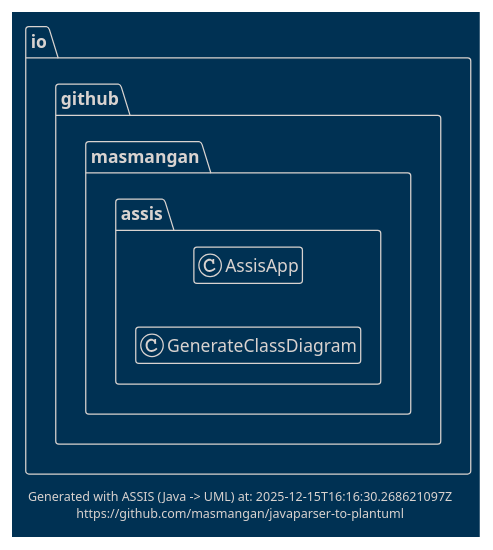
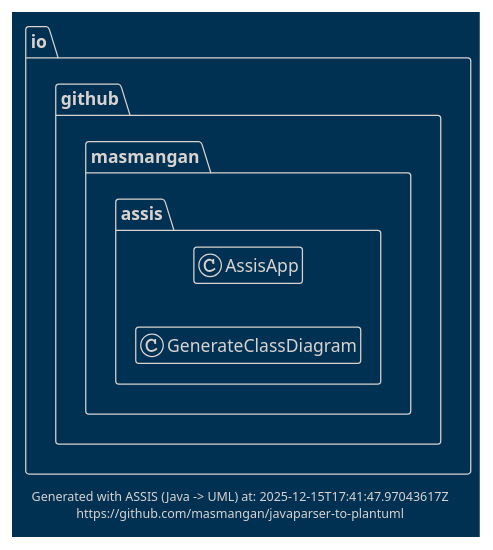
Before and after one commit to masmangan/javaparser-to-plantuml: the diagram in docs/uml/class-diagram.puml, drawn with PlantUML. The commit also changed 1 other file, not shown here.

Commit message:
docs: Document Maven exec:java.

```diff
--- a/docs/uml/class-diagram.puml
+++ b/docs/uml/class-diagram.puml
@@ -1,16 +1,16 @@
 @startuml class-diagram
 hide empty members
 !theme blueprint
 package "io.github.masmangan.assis" {
 class AssisApp
 class GenerateClassDiagram
 }
 
 left to right direction
 
 center footer
-Generated with ASSIS (Java -> UML) at: 2025-12-15T16:16:30.268621097Z
+Generated with ASSIS (Java -> UML) at: 2025-12-15T17:41:47.97043617Z
 https://github.com/masmangan/javaparser-to-plantuml
 end footer
 
 @enduml
```
